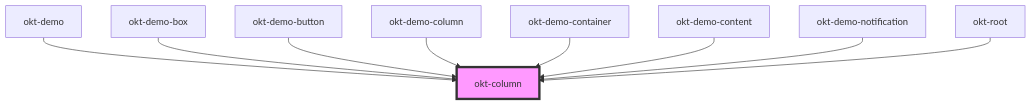
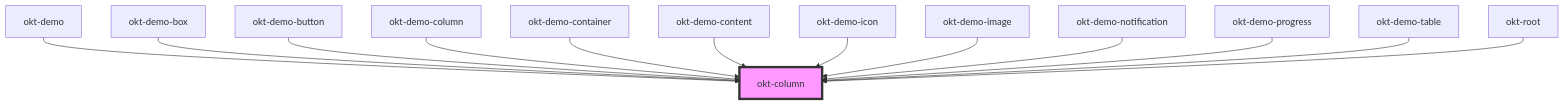
The diagram in src/components/column/readme.md (oktopusdgtl/bulma-components), drawn with Mermaid before and after one commit. The commit also changed other lines of this file and 36 other files, not shown here.

````diff
--- a/src/components/column/readme.md
+++ b/src/components/column/readme.md
@@ -43,12 +47,16 @@
 ```mermaid
 graph TD;
   okt-demo --> okt-column
   okt-demo-box --> okt-column
   okt-demo-button --> okt-column
   okt-demo-column --> okt-column
   okt-demo-container --> okt-column
   okt-demo-content --> okt-column
+  okt-demo-icon --> okt-column
+  okt-demo-image --> okt-column
   okt-demo-notification --> okt-column
+  okt-demo-progress --> okt-column
+  okt-demo-table --> okt-column
   okt-root --> okt-column
   style okt-column fill:#f9f,stroke:#333,stroke-width:4px
 ```
````
